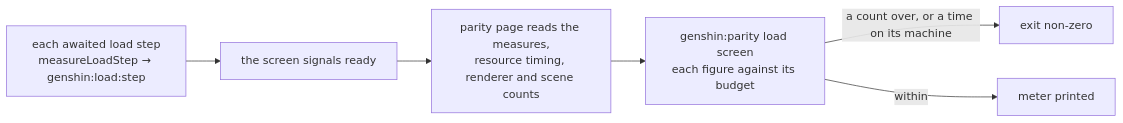
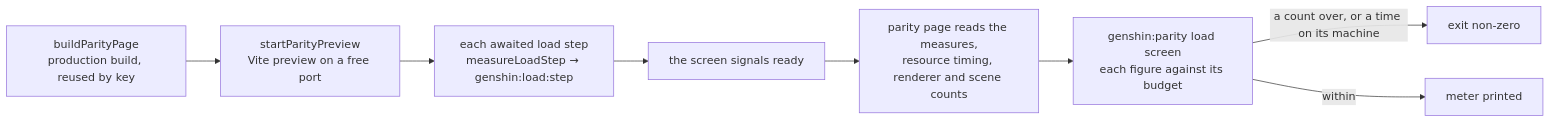
Before and after one commit to Esposter/Esposter: the diagram in apps/web/content/docs/genshin/load-budget.md, drawn with Mermaid. The commit also changed other lines of this file and 1 other file, not shown here.

First line of the commit message:
docs(genshin): the load budget is measured on a production build of the parity page, with the new budgets table, and the proposal's next trim is chosen by the production terrain measure

````diff
--- a/apps/web/content/docs/genshin/load-budget.md
+++ b/apps/web/content/docs/genshin/load-budget.md
@@ -44,8 +46,10 @@
 ```mermaid
 flowchart LR
-  STEP["each awaited load step<br/>measureLoadStep → genshin:load:step"] --> READY["the screen signals ready"]
+  BUILD["buildParityPage<br/>production build, reused by key"] --> PREVIEW["startParityPreview<br/>Vite preview on a free port"]
+  PREVIEW --> STEP["each awaited load step<br/>measureLoadStep → genshin:load:step"]
+  STEP --> READY["the screen signals ready"]
   READY --> READ["parity page reads the measures,<br/>resource timing, renderer and scene counts"]
   READ --> METER["genshin:parity load screen<br/>each figure against its budget"]
   METER -->|a count over, or a time on its machine| FAIL["exit non-zero"]
   METER -->|within| PASS["meter printed"]
 ```
````
